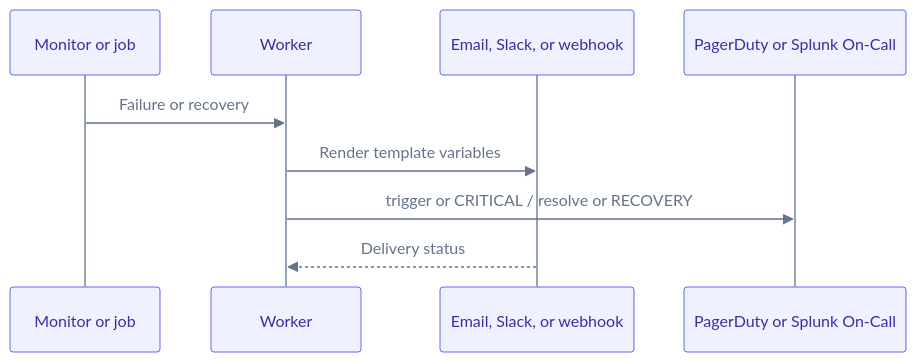
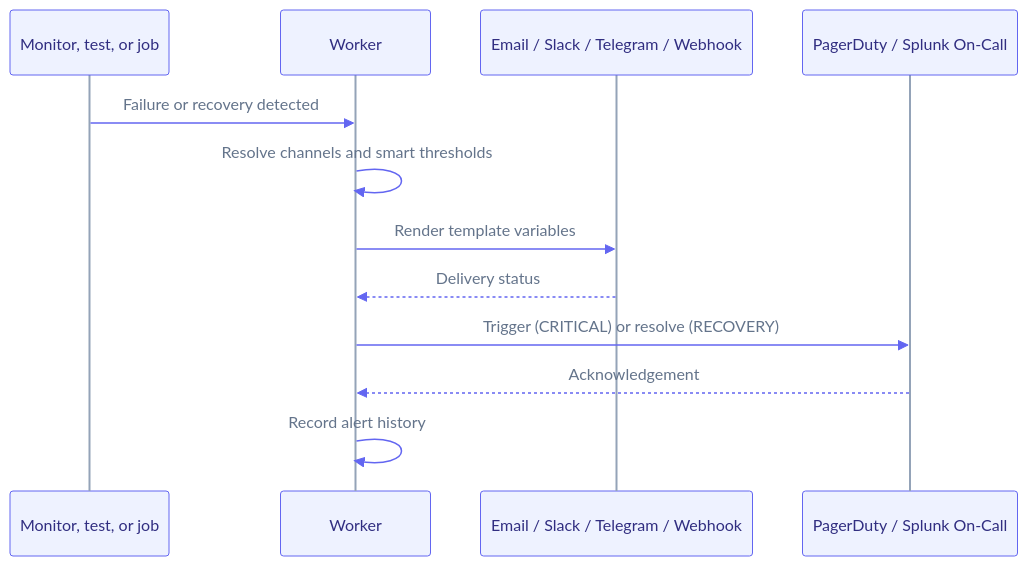
Before and after one commit to supercheck-io/supercheck: the diagram in docs/content/docs/app/communicate/alerts.mdx, drawn with Mermaid. The commit also changed 17 other files, not shown here.

First line of the commit message:
docs: restore original colors, add AI SRE to architecture, reorganize + multi-color diagrams (#310)

````diff
--- a/docs/content/docs/app/communicate/alerts.mdx
+++ b/docs/content/docs/app/communicate/alerts.mdx
@@ -9,13 +9,16 @@
 ```mermaid
-%%{init: {"theme":"base","themeVariables":{"fontFamily":"ui-sans-serif, system-ui, -apple-system, Segoe UI, Roboto, sans-serif","primaryColor":"#eef2ff","primaryTextColor":"#3730a3","primaryBorderColor":"#6366f1","lineColor":"#94a3b8","secondaryColor":"#fffbeb","secondaryTextColor":"#92400e","secondaryBorderColor":"#f59e0b","tertiaryColor":"#ecfdf5","tertiaryTextColor":"#065f46","tertiaryBorderColor":"#10b981","clusterBkg":"#f8fafc","clusterBorder":"#cbd5e1","edgeLabelBackground":"#ffffff","actorBkg":"#eef2ff","actorBorder":"#6366f1","actorTextColor":"#3730a3","actorLineColor":"#94a3b8","signalColor":"#64748b","signalTextColor":"#64748b","labelBoxBkgColor":"#fffbeb","labelBoxBorderColor":"#f59e0b","labelTextColor":"#92400e","loopTextColor":"#64748b","activationBkgColor":"#ddd6fe","activationBorderColor":"#7c3aed","noteBkgColor":"#fef9c3","noteBorderColor":"#eab308","noteTextColor":"#713f12","textColor":"#475569","mainBkg":"#ffffff"}}}%%
+%%{init: {"theme":"base","themeVariables":{"fontFamily":"ui-sans-serif, system-ui, -apple-system, Segoe UI, Roboto, sans-serif","actorBkg":"#eef2ff","actorBorder":"#6366f1","actorTextColor":"#312e81","actorLineColor":"#94a3b8","signalColor":"#6366f1","signalTextColor":"#64748b","labelBoxBkgColor":"#fef3c7","labelBoxBorderColor":"#d97706","labelTextColor":"#78350f","loopTextColor":"#64748b","activationBkgColor":"#ddd6fe","activationBorderColor":"#7c3aed","noteBkgColor":"#fef3c7","noteBorderColor":"#d97706","noteTextColor":"#78350f","textColor":"#64748b","lineColor":"#94a3b8","mainBkg":"transparent"}}}%%
 sequenceDiagram
-    participant Check as Monitor or job
+    participant Check as Monitor, test, or job
     participant Worker as Worker
-    participant Channel as Email, Slack, or webhook
-    participant OnCall as PagerDuty or Splunk On-Call
+    participant Channel as Email / Slack / Telegram / Webhook
+    participant OnCall as PagerDuty / Splunk On-Call
 
-    Check->>Worker: Failure or recovery
+    Check->>Worker: Failure or recovery detected
+    Worker->>Worker: Resolve channels and smart thresholds
     Worker->>Channel: Render template variables
-    Worker->>OnCall: trigger or CRITICAL / resolve or RECOVERY
     Channel-->>Worker: Delivery status
+    Worker->>OnCall: Trigger (CRITICAL) or resolve (RECOVERY)
+    OnCall-->>Worker: Acknowledgement
+    Worker->>Worker: Record alert history
 ```
````
